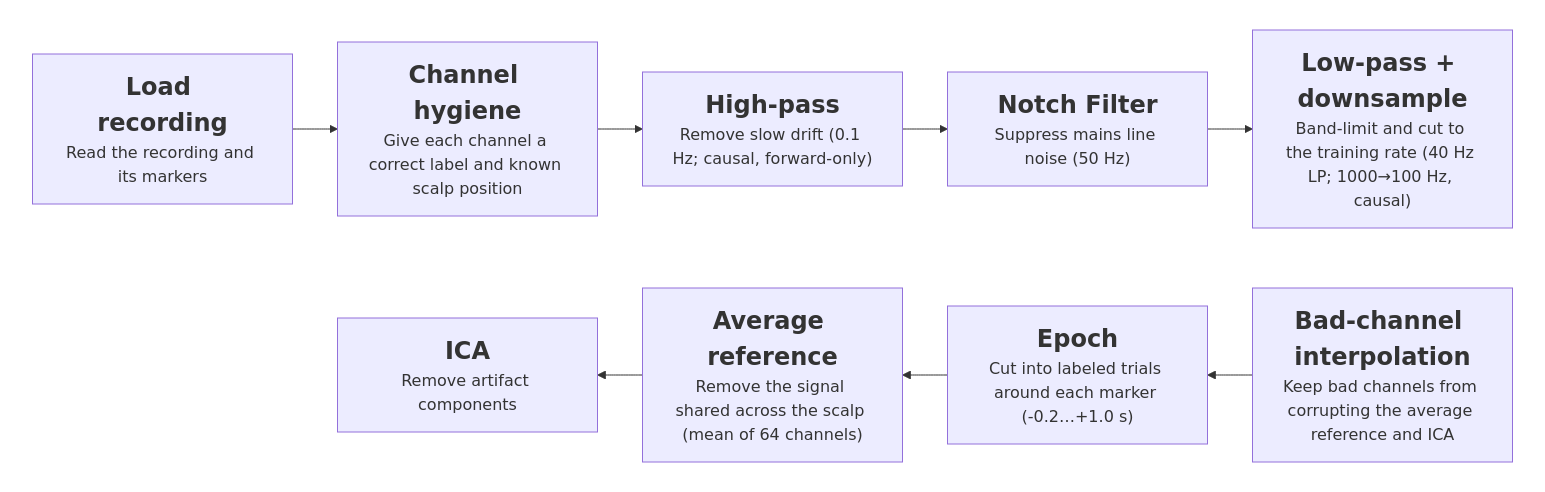
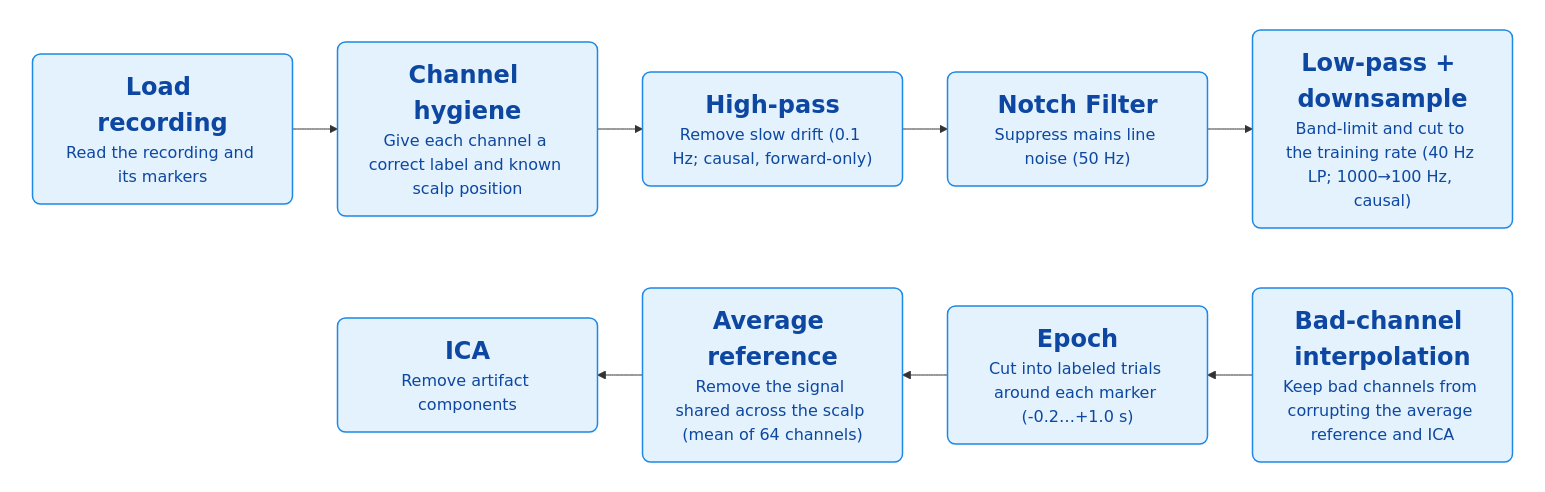
Before and after one commit to roiguri/live-reactivation-decoder: the third of 5 diagrams in docs/diagrams/Project Diagrams Blueprints.md, drawn with Mermaid. The commit also changed other lines of this file and 5 other files, not shown here.

First line of the commit message:
docs(diagrams): recolor figures with semantic palette + rounded corners

````diff
--- a/docs/diagrams/Project Diagrams Blueprints.md
+++ b/docs/diagrams/Project Diagrams Blueprints.md
@@ -159,39 +176,43 @@
 ```mermaid
 ---
 config:
+  themeVariables:
+    edgeLabelBackground: '#E8EEF6'
   flowchart:
     nodeSpacing: 20
     rankSpacing: 20
 ---
 flowchart TB
     subgraph row1[" "]
         direction LR
         Load["<span style='font-size:24px'><b>Load recording</b></span><br><span style='font-size:16px'>Read the recording and its markers</span>"]
         Hygiene["<span style='font-size:24px'><b>Channel hygiene</b></span><br><span style='font-size:16px'>Give each channel a correct label and known scalp position</span>"]
         HP["<span style='font-size:24px'><b>High-pass</b></span><br><span style='font-size:16px'>Remove slow drift (0.1 Hz; causal, forward-only)</span>"]
         Notch["<span style='font-size:24px'><b>Notch Filter</b></span><br><span style='font-size:16px'>Suppress mains line noise (50 Hz)</span>"]
         LPDown["<span style='font-size:24px'><b>Low-pass + downsample</b></span><br><span style='font-size:16px'>Band-limit and cut to the training rate (40 Hz LP; 1000→100 Hz, causal)</span>"]
         Load --> Hygiene --> HP --> Notch --> LPDown
     end
     subgraph row2["&nbsp;"]
         direction RL
         Interp["<span style='font-size:24px'><b>Bad-channel interpolation</b></span><br><span style='font-size:16px'>Keep bad channels from corrupting the average reference and ICA</span>"]
         Epoch["<span style='font-size:24px'><b>Epoch</b></span><br><span style='font-size:16px'>Cut into labeled trials around each marker (-0.2…+1.0 s)</span>"]
         Ref["<span style='font-size:24px'><b>Average reference</b></span><br><span style='font-size:16px'>Remove the signal shared across the scalp (mean of 64 channels)</span>"]
         ICA["<span style='font-size:24px'><b>ICA</b></span><br><span style='font-size:16px'>Remove artifact components</span>"]
         Pad["<span style='font-size:24px'><b>Load recording</b></span><br><span style='font-size:16px'>Read the recording and its markers</span>"]
         Interp --> Epoch --> Ref --> ICA
         ICA ~~~ Pad
     end
     %% Row 2 is padded on the left with an invisible "ghost" box (a copy of Load recording) and
     %% left-aligned to row 1 via `Load ~~~ Pad`, so the two rows are RIGHT-aligned (right edges match)
     %% and Bad-channel interpolation lands directly under Low-pass + downsample.
     %% The row-to-row connector (Low-pass + downsample --> Bad-channel interpolation) is added by hand
     %% after export — Mermaid docks a cross-row edge to the row region, not the node.
     Load ~~~ Pad
 
+    classDef offline fill:#E3F2FD,stroke:#1E88E5,stroke-width:1.5px,color:#0D47A1,rx:8,ry:8;
+    class Load,Hygiene,HP,Notch,LPDown,Interp,Epoch,Ref,ICA offline;
     classDef ghost fill:transparent,stroke:transparent,color:transparent
     class Pad ghost
     style row1 fill:transparent,stroke:transparent
     style row2 fill:transparent,stroke:transparent
 ```
````
